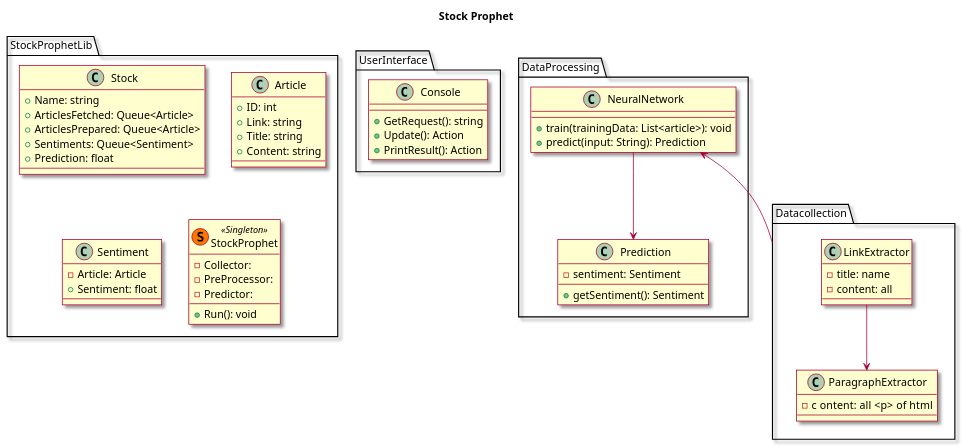
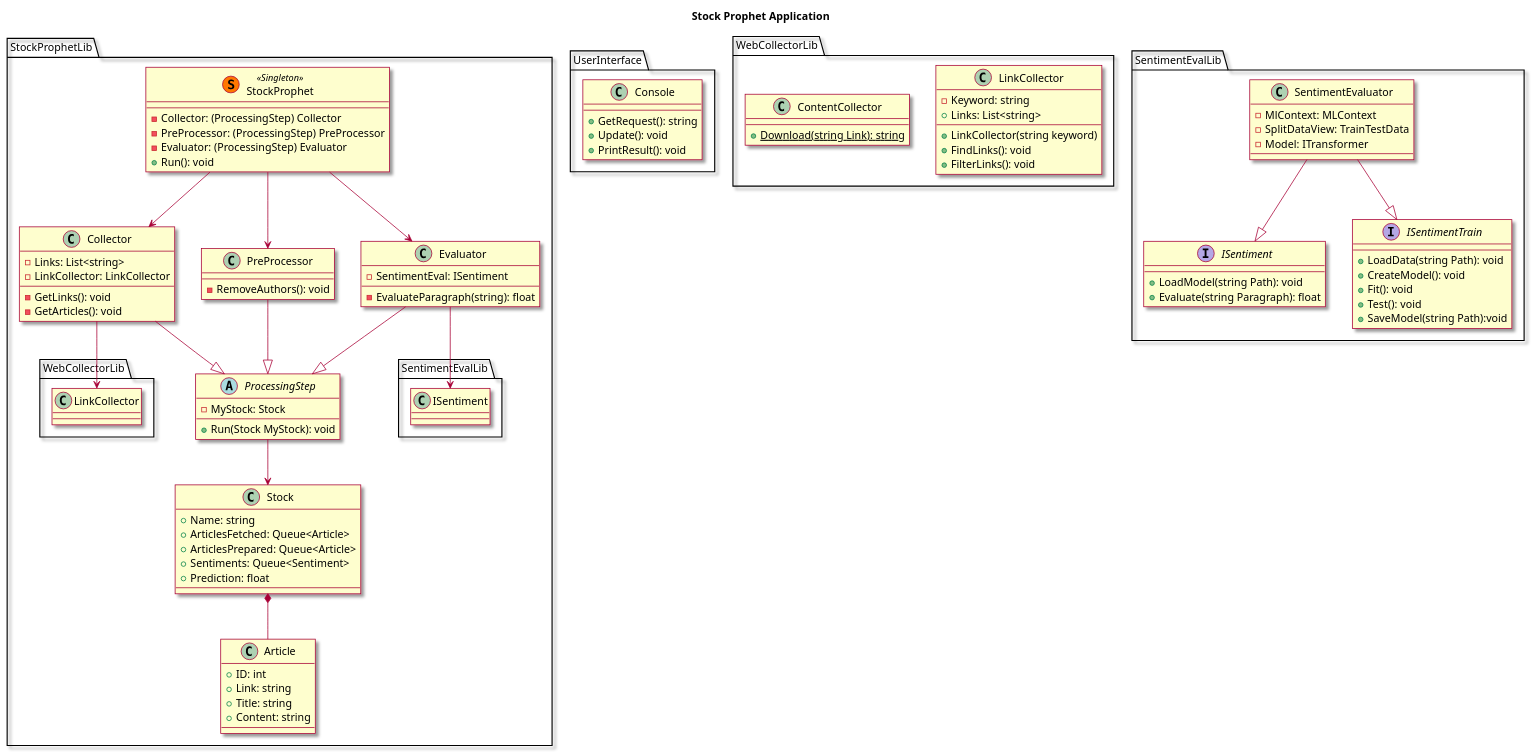
One commit to Ifi-Softwareentwicklung-SoSe2023/TUBAF_SE-Project_StockProphet changed the diagram in doc/classDiagram.plantuml. Above: the diagram before and after it, drawn with PlantUML.

Commit message:
Update classDiagram.plantuml; Unfinished!

```diff
--- a/doc/classDiagram.plantuml
+++ b/doc/classDiagram.plantuml
@@ -1,96 +1,121 @@
 @startuml Project Model Class Diagram
 
 skin rose
 
-title Stock Prophet
+title Stock Prophet Application
 
 
 package StockProphetLib {
+
+    class StockProphet << (S,#FF7700) Singleton >> {
+        -Collector: (ProcessingStep) Collector
+        -PreProcessor: (ProcessingStep) PreProcessor
+        -Evaluator: (ProcessingStep) Evaluator
+        +Run(): void
+    }
+    StockProphet --> Collector
+    StockProphet --> PreProcessor
+    StockProphet --> Evaluator
+
+    abstract ProcessingStep {
+        -MyStock: Stock
+        +Run(Stock MyStock): void
+    }
+    ProcessingStep --> Stock
+
+
+    class Collector {
+        -Links: List<string>
+        -LinkCollector: LinkCollector
+        -GetLinks(): void
+        -GetArticles(): void
+    }
+    Collector --|> ProcessingStep
+    Collector --> WebCollectorLib.LinkCollector
+
+
+    class PreProcessor {
+        -RemoveAuthors(): void
+    }
+    PreProcessor --|> ProcessingStep
+
+
+    class Evaluator {
+        -SentimentEval: ISentiment
+        -EvaluateParagraph(string): float
+    }
+    Evaluator --|> ProcessingStep
+    Evaluator --> SentimentEvalLib.ISentiment
+
+
     class Stock {
         +Name: string
         +ArticlesFetched: Queue<Article>
         +ArticlesPrepared: Queue<Article>
         +Sentiments: Queue<Sentiment>
         +Prediction: float
     }
+    Stock *-- Article
+
 
     class Article {
         +ID: int
         +Link: string
         +Title: string
         +Content: string
     }
+}
 
-    class Sentiment {
-        -Article: Article
-        +Sentiment: float
-    }
 
-    class StockProphet << (S,#FF7700) Singleton >> {
-        -Collector: 
-        -PreProcessor:
-        -Predictor:
-        +Run(): void
+package UserInterface 
+{    
+    class Console {
+        +GetRequest(): string
+        +Update(): void
+        +PrintResult(): void
     }
 }
 
 
-package UserInterface{
-    /'
-    class Input{
-        +getUserInput(): string
-        +displayPrediction(predict: Prediction):void
+package WebCollectorLib 
+{
+    class LinkCollector {
+        -Keyword: string
+        +Links: List<string>
+        +LinkCollector(string keyword)
+        +FindLinks(): void
+        +FilterLinks(): void
     }
-    class User{
-        +searchArtricles(keyword: string): void
-        +analyseSntiment(articles: article)
-        +predictStockprice(company: string)
-        +feedDataToAI(data:any)...    
-    }
-    Input --> User
-    User --> Input
-    '/
-    
-    class Console {
-        +GetRequest(): string
-        +Update(): Action
-        +PrintResult(): Action
+
+    class ContentCollector {
+        {static} +Download(string Link): string
     }
 }
 
 
-package DataProcessing{
-    class NeuralNetwork{
-        +train(trainingData: List<article>): void
-        +predict(input: String): Prediction
+package SentimentEvalLib 
+{
+    interface ISentiment {
+        +LoadModel(string Path): void
+        +Evaluate(string Paragraph): float
     }
 
-    class Prediction{
-        -sentiment: Sentiment
-        +getSentiment(): Sentiment
+    interface ISentimentTrain {
+        +LoadData(string Path): void
+        +CreateModel(): void
+        +Fit(): void
+        +Test(): void
+        +SaveModel(string Path):void
     }
-
-    NeuralNetwork --> Prediction
+    
+    class SentimentEvaluator {
+        -MlContext: MLContext
+        -SplitDataView: TrainTestData
+        -Model: ITransformer
+    }
+    SentimentEvaluator --|> ISentiment
+    SentimentEvaluator --|> ISentimentTrain
 }
 
-package Datacollection{
-    class LinkExtractor{
-        -title: name
-        -content: all 
-    }
-
-    class ParagraphExtractor{
-        -c  ontent: all <p> of html
-    }
-
-    LinkExtractor --> ParagraphExtractor
-}
-
-/'
-Main --> Userinterface
-Main --> NeuralNetwork
-Main --> Datacollection
-'/
-NeuralNetwork <-- Datacollection
 
 @enduml
```
